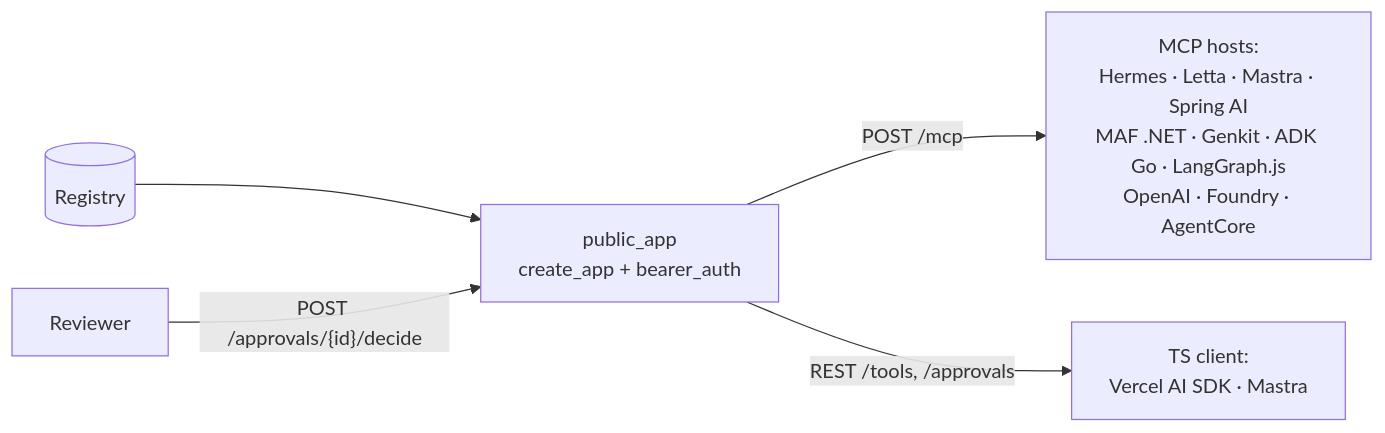
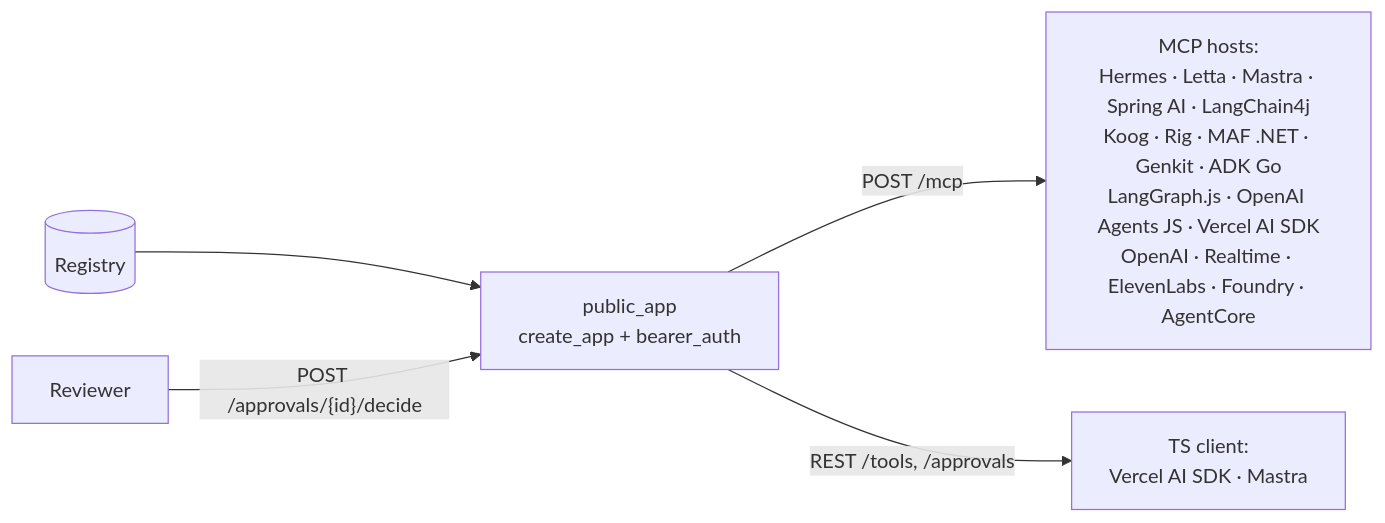
The diagram in docs/connect/index.md (VeloceAI/agent-adapter), drawn with Mermaid before and after one commit. The commit also changed other lines of this file and 34 other files, not shown here.

````diff
--- a/docs/connect/index.md
+++ b/docs/connect/index.md
@@ -14,7 +16,7 @@
 ```mermaid
 flowchart LR
   REG[("Registry")] --> APP["public_app<br/>create_app + bearer_auth"]
-  APP -->|"POST /mcp"| MCP["MCP hosts:<br/>Hermes · Letta · Mastra · Spring AI<br/>MAF .NET · Genkit · ADK Go · LangGraph.js<br/>OpenAI · Foundry · AgentCore"]
+  APP -->|"POST /mcp"| MCP["MCP hosts:<br/>Hermes · Letta · Mastra · Spring AI · LangChain4j<br/>Koog · Rig · MAF .NET · Genkit · ADK Go<br/>LangGraph.js · OpenAI Agents JS · Vercel AI SDK<br/>OpenAI · Realtime · ElevenLabs · Foundry · AgentCore"]
   APP -->|"REST /tools, /approvals"| TS["TS client:<br/>Vercel AI SDK · Mastra"]
   REV["Reviewer"] -->|"POST /approvals/{id}/decide"| APP
 ```
````
